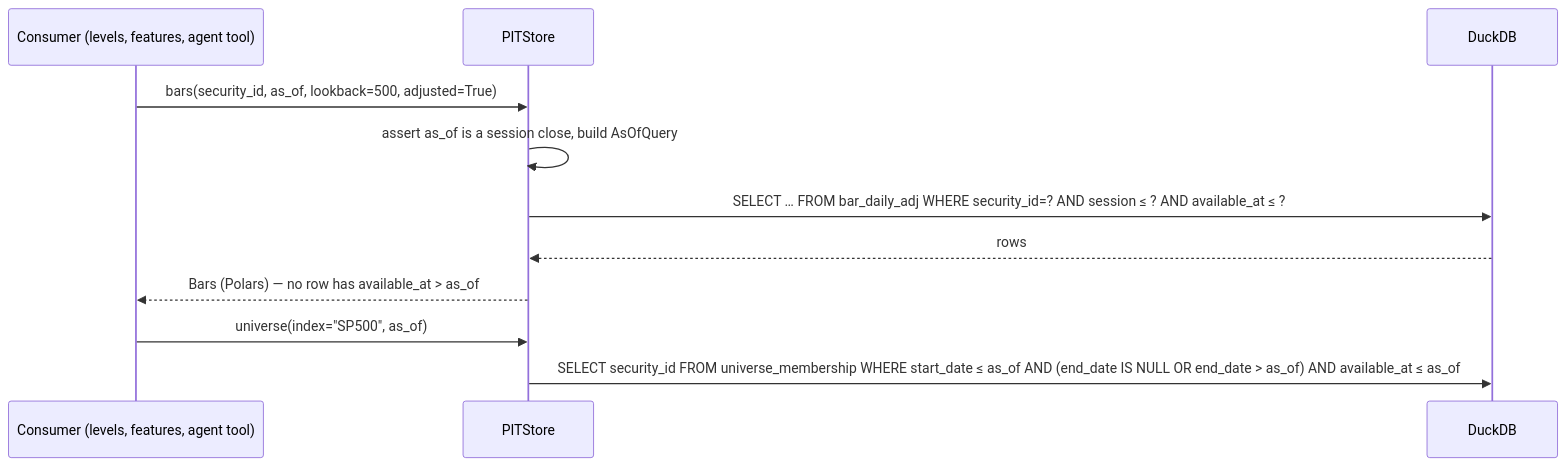
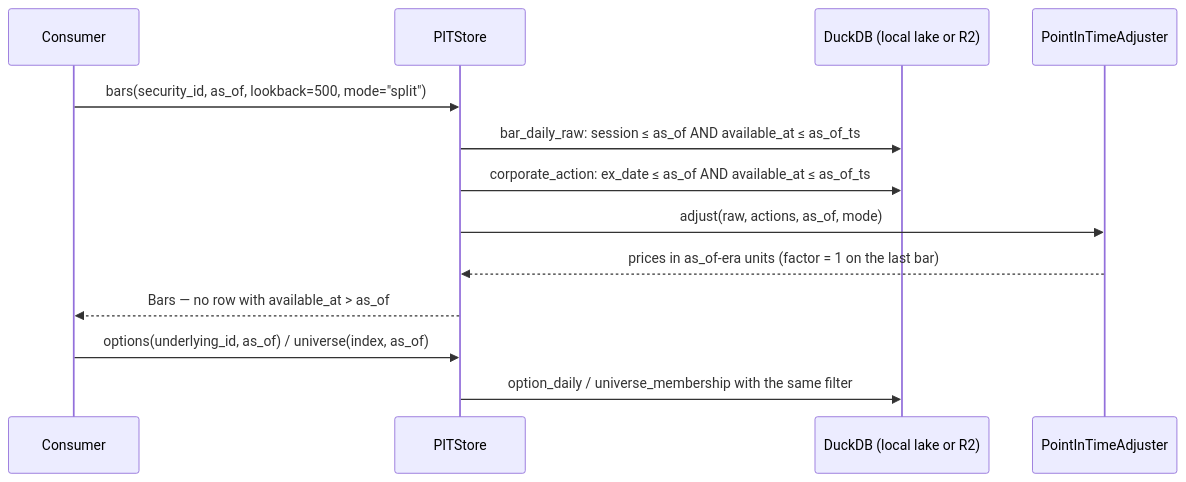
Before and after one commit to Neural-Matrix-LLC/Support-Resistance-Agent: the tenth of 29 diagrams in docs/SR_Technical_Document.md, drawn with Mermaid. The commit also changed other lines of this file and 3 other files, not shown here.

````diff
--- a/docs/SR_Technical_Document.md
+++ b/docs/SR_Technical_Document.md
@@ -719,13 +799,15 @@
 ```mermaid
 sequenceDiagram
-    participant C as Consumer (levels, features, agent tool)
+    participant C as Consumer
     participant S as PITStore
-    participant D as DuckDB
-    C->>S: bars(security_id, as_of, lookback=500, adjusted=True)
-    S->>S: assert as_of is a session close, build AsOfQuery
-    S->>D: SELECT … FROM bar_daily_adj WHERE security_id=? AND session ≤ ? AND available_at ≤ ?
-    D-->>S: rows
-    S-->>C: Bars (Polars) — no row has available_at > as_of
-    C->>S: universe(index="SP500", as_of)
-    S->>D: SELECT security_id FROM universe_membership WHERE start_date ≤ as_of AND (end_date IS NULL OR end_date > as_of) AND available_at ≤ as_of
+    participant D as DuckDB (local lake or R2)
+    participant A as PointInTimeAdjuster
+    C->>S: bars(security_id, as_of, lookback=500, mode="split")
+    S->>D: bar_daily_raw: session ≤ as_of AND available_at ≤ as_of_ts
+    S->>D: corporate_action: ex_date ≤ as_of AND available_at ≤ as_of_ts
+    S->>A: adjust(raw, actions, as_of, mode)
+    A-->>S: prices in as_of-era units (factor = 1 on the last bar)
+    S-->>C: Bars — no row with available_at > as_of
+    C->>S: options(underlying_id, as_of) / universe(index, as_of)
+    S->>D: option_daily / universe_membership with the same filter
 ```
````
